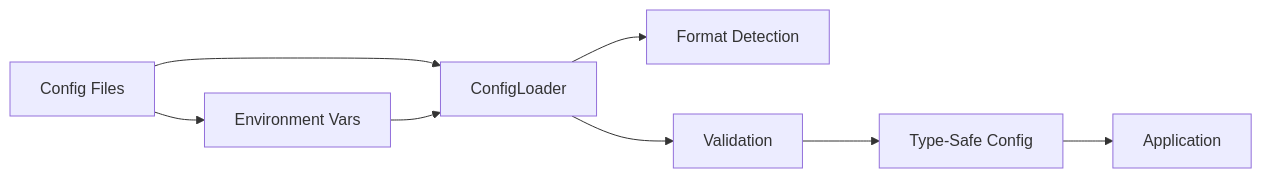
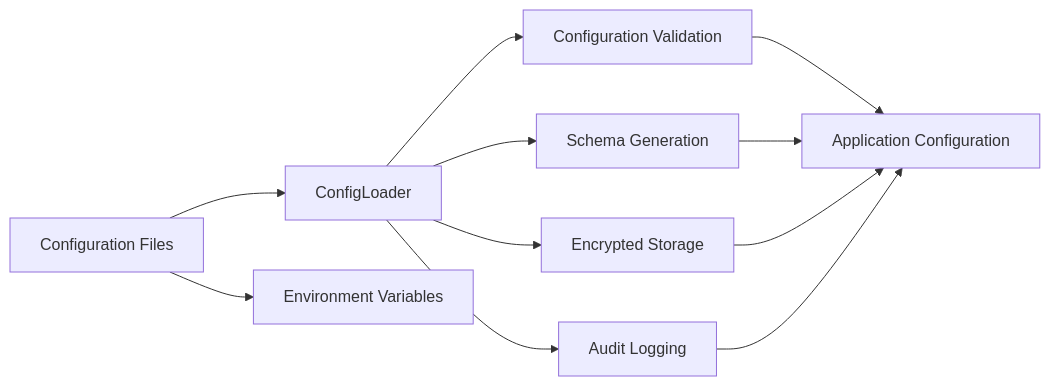
The first of 3 diagrams in README.md (Kirky-X/confers), drawn with Mermaid before and after one commit. The commit also changed other lines of this file and 1 other file, not shown here.

````diff
--- a/README.md
+++ b/README.md
@@ -85,10 +86,13 @@
 ```mermaid
 graph LR
-    A[Config Files] --> B[ConfigLoader]
-    B --> C[Format Detection]
-    B --> D[Validation]
-    D --> E[Type-Safe Config]
-    A --> F[Environment Vars]
-    F --> B
-    E --> G[Application]
+    A[Configuration Files] --> B[ConfigLoader]
+    A --> C[Environment Variables]
+    B --> D[Configuration Validation]
+    B --> E[Schema Generation]
+    B --> F[Encrypted Storage]
+    B --> G[Audit Logging]
+    D --> H[Application Configuration]
+    E --> H
+    F --> H
+    G --> H
 ```
````
